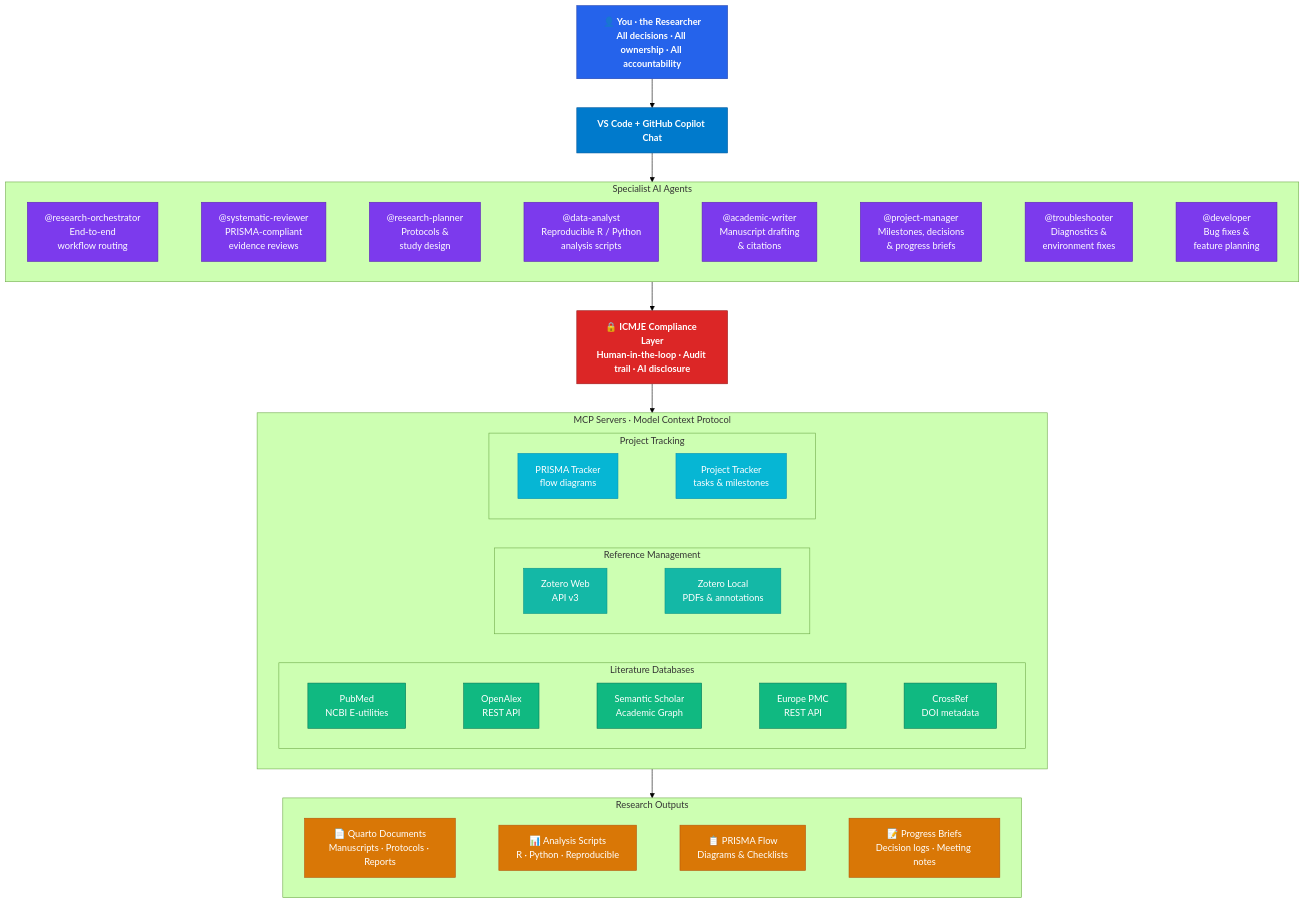
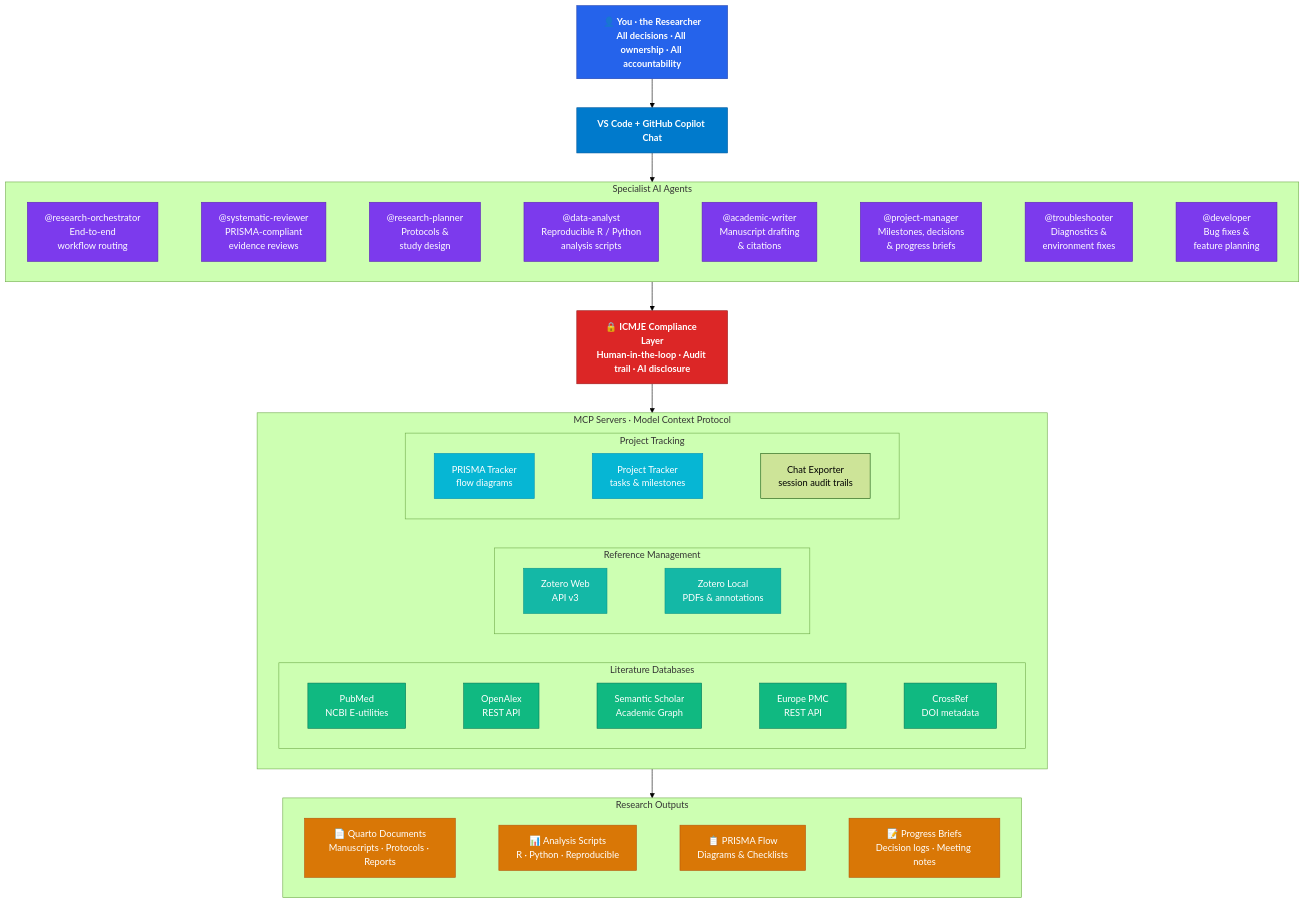
One commit to andre-inter-collab-llc/research-workflow-assistant changed the diagram in README.md. Above: the diagram before and after it, drawn with Mermaid (forest theme). The commit also changed other lines of this file and 39 other files, not shown here.

````diff
--- a/README.md
+++ b/README.md
@@ -44,63 +45,63 @@
 ```mermaid
 graph TB
     YOU["👤 You · the Researcher<br/>All decisions · All ownership · All accountability"]
 
     VSCODE["VS Code + GitHub Copilot Chat"]
 
     YOU --> VSCODE
 
     subgraph AGENTS["Specialist AI Agents"]
         direction LR
         ORCH["@research-orchestrator<br/>End-to-end<br/>workflow routing"] ~~~ SR["@systematic-reviewer<br/>PRISMA-compliant<br/>evidence reviews"] ~~~ RP["@research-planner<br/>Protocols &<br/>study design"] ~~~ DA["@data-analyst<br/>Reproducible R / Python<br/>analysis scripts"] ~~~ AW["@academic-writer<br/>Manuscript drafting<br/>& citations"] ~~~ PM["@project-manager<br/>Milestones, decisions<br/>& progress briefs"] ~~~ TS["@troubleshooter<br/>Diagnostics &<br/>environment fixes"] ~~~ DEV["@developer<br/>Bug fixes &<br/>feature planning"]
     end
 
     VSCODE --> AGENTS
 
     ICMJE["🔒 ICMJE Compliance Layer<br/>Human-in-the-loop · Audit trail · AI disclosure"]
 
     AGENTS --> ICMJE
 
     subgraph MCP["MCP Servers · Model Context Protocol"]
         direction LR
         subgraph LITERATURE["Literature Databases"]
             direction LR
             PUB["PubMed<br/>NCBI E-utilities"] ~~~ OA["OpenAlex<br/>REST API"] ~~~ SS["Semantic Scholar<br/>Academic Graph"] ~~~ EPMC["Europe PMC<br/>REST API"] ~~~ CR["CrossRef<br/>DOI metadata"]
         end
         subgraph REFERENCE["Reference Management"]
             direction LR
             ZOT["Zotero Web<br/>API v3"] ~~~ ZLOC["Zotero Local<br/>PDFs & annotations"]
         end
         subgraph TRACKING["Project Tracking"]
             direction LR
-            PRISMA["PRISMA Tracker<br/>flow diagrams"] ~~~ PROJ["Project Tracker<br/>tasks & milestones"]
+            PRISMA["PRISMA Tracker<br/>flow diagrams"] ~~~ PROJ["Project Tracker<br/>tasks & milestones"] ~~~ CHATEX["Chat Exporter<br/>session audit trails"]
         end
     end
 
     ICMJE --> MCP
 
     subgraph OUTPUTS["Research Outputs"]
         direction LR
         QMD["📄 Quarto Documents<br/>Manuscripts · Protocols · Reports"] ~~~ SCRIPTS["📊 Analysis Scripts<br/>R · Python · Reproducible"] ~~~ PFLOW["📋 PRISMA Flow<br/>Diagrams & Checklists"] ~~~ BRIEFS["📝 Progress Briefs<br/>Decision logs · Meeting notes"]
     end
 
     MCP --> OUTPUTS
 
     %% ── Styles ──
     classDef researcher fill:#2563eb,stroke:#1e40af,color:#fff,font-weight:bold
     classDef vscode fill:#007acc,stroke:#005a9e,color:#fff,font-weight:bold
     classDef agent fill:#7c3aed,stroke:#5b21b6,color:#fff
     classDef compliance fill:#dc2626,stroke:#991b1b,color:#fff,font-weight:bold
     classDef litdb fill:#10b981,stroke:#047857,color:#fff
     classDef refmgmt fill:#14b8a6,stroke:#0d9488,color:#fff
     classDef tracking fill:#06b6d4,stroke:#0891b2,color:#fff
     classDef output fill:#d97706,stroke:#b45309,color:#fff
 
     class YOU researcher
     class VSCODE vscode
     class ORCH,SR,RP,DA,AW,PM,TS,DEV agent
     class ICMJE compliance
     class PUB,OA,SS,EPMC,CR litdb
     class ZOT,ZLOC refmgmt
     class PRISMA,PROJ tracking
     class QMD,SCRIPTS,PFLOW,BRIEFS output
 ```
````
